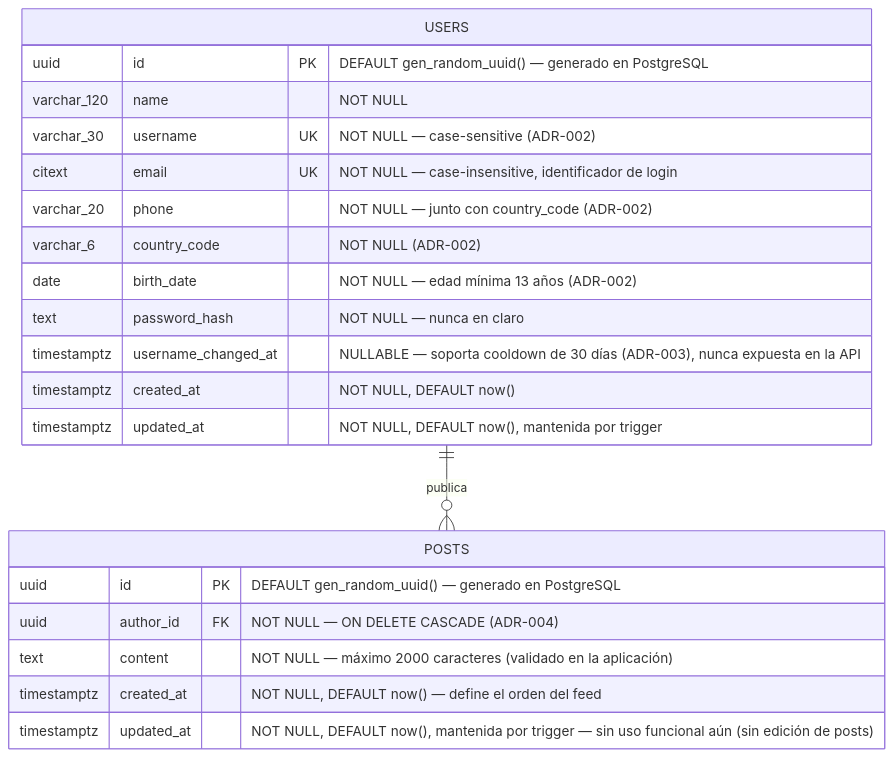
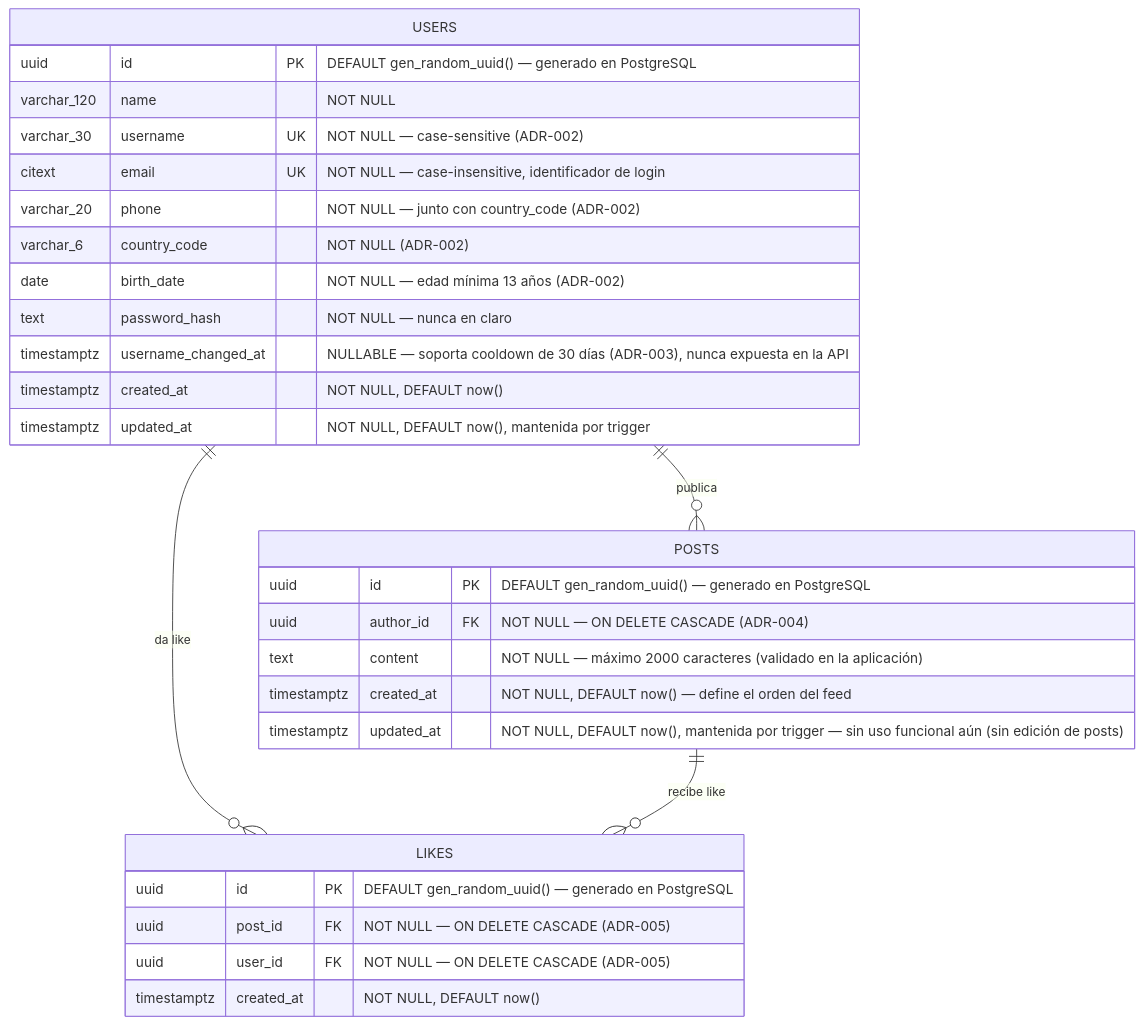
Before and after one commit to Fernandito41/THERS_REDSOCIAL: the diagram in docs/architecture/DATABASE_ERD.md, drawn with Mermaid. The commit also changed other lines of this file and 26 other files, not shown here.

````diff
--- a/docs/architecture/DATABASE_ERD.md
+++ b/docs/architecture/DATABASE_ERD.md
@@ -42,26 +44,35 @@
 ```mermaid
 erDiagram
     USERS {
         uuid id PK "DEFAULT gen_random_uuid() — generado en PostgreSQL"
         varchar_120 name "NOT NULL"
         varchar_30 username UK "NOT NULL — case-sensitive (ADR-002)"
         citext email UK "NOT NULL — case-insensitive, identificador de login"
         varchar_20 phone "NOT NULL — junto con country_code (ADR-002)"
         varchar_6 country_code "NOT NULL (ADR-002)"
         date birth_date "NOT NULL — edad mínima 13 años (ADR-002)"
         text password_hash "NOT NULL — nunca en claro"
         timestamptz username_changed_at "NULLABLE — soporta cooldown de 30 días (ADR-003), nunca expuesta en la API"
         timestamptz created_at "NOT NULL, DEFAULT now()"
         timestamptz updated_at "NOT NULL, DEFAULT now(), mantenida por trigger"
     }
 
     POSTS {
         uuid id PK "DEFAULT gen_random_uuid() — generado en PostgreSQL"
         uuid author_id FK "NOT NULL — ON DELETE CASCADE (ADR-004)"
         text content "NOT NULL — máximo 2000 caracteres (validado en la aplicación)"
         timestamptz created_at "NOT NULL, DEFAULT now() — define el orden del feed"
         timestamptz updated_at "NOT NULL, DEFAULT now(), mantenida por trigger — sin uso funcional aún (sin edición de posts)"
     }
 
+    LIKES {
+        uuid id PK "DEFAULT gen_random_uuid() — generado en PostgreSQL"
+        uuid post_id FK "NOT NULL — ON DELETE CASCADE (ADR-005)"
+        uuid user_id FK "NOT NULL — ON DELETE CASCADE (ADR-005)"
+        timestamptz created_at "NOT NULL, DEFAULT now()"
+    }
+
     USERS ||--o{ POSTS : "publica"
+    USERS ||--o{ LIKES : "da like"
+    POSTS ||--o{ LIKES : "recibe like"
 ```
````
